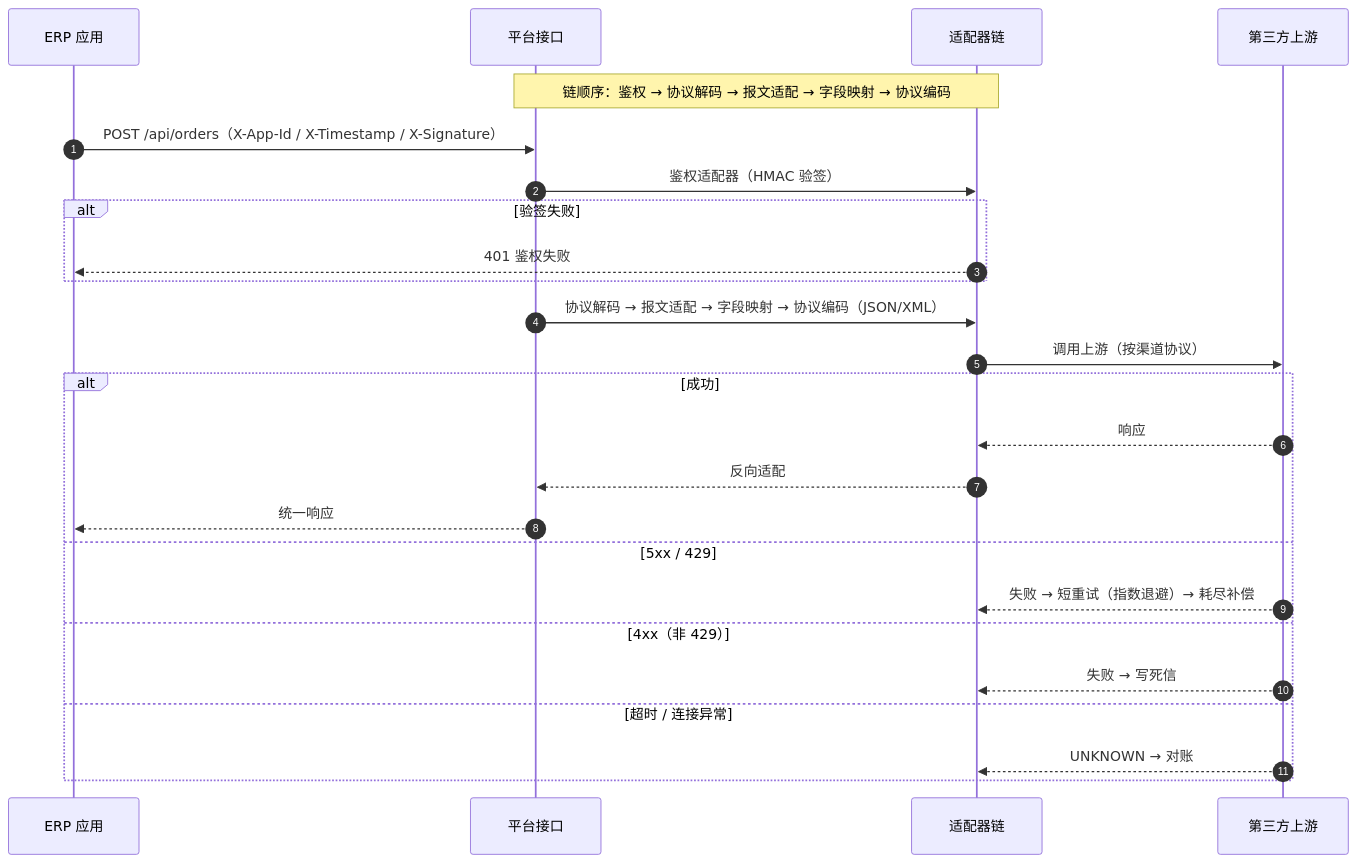
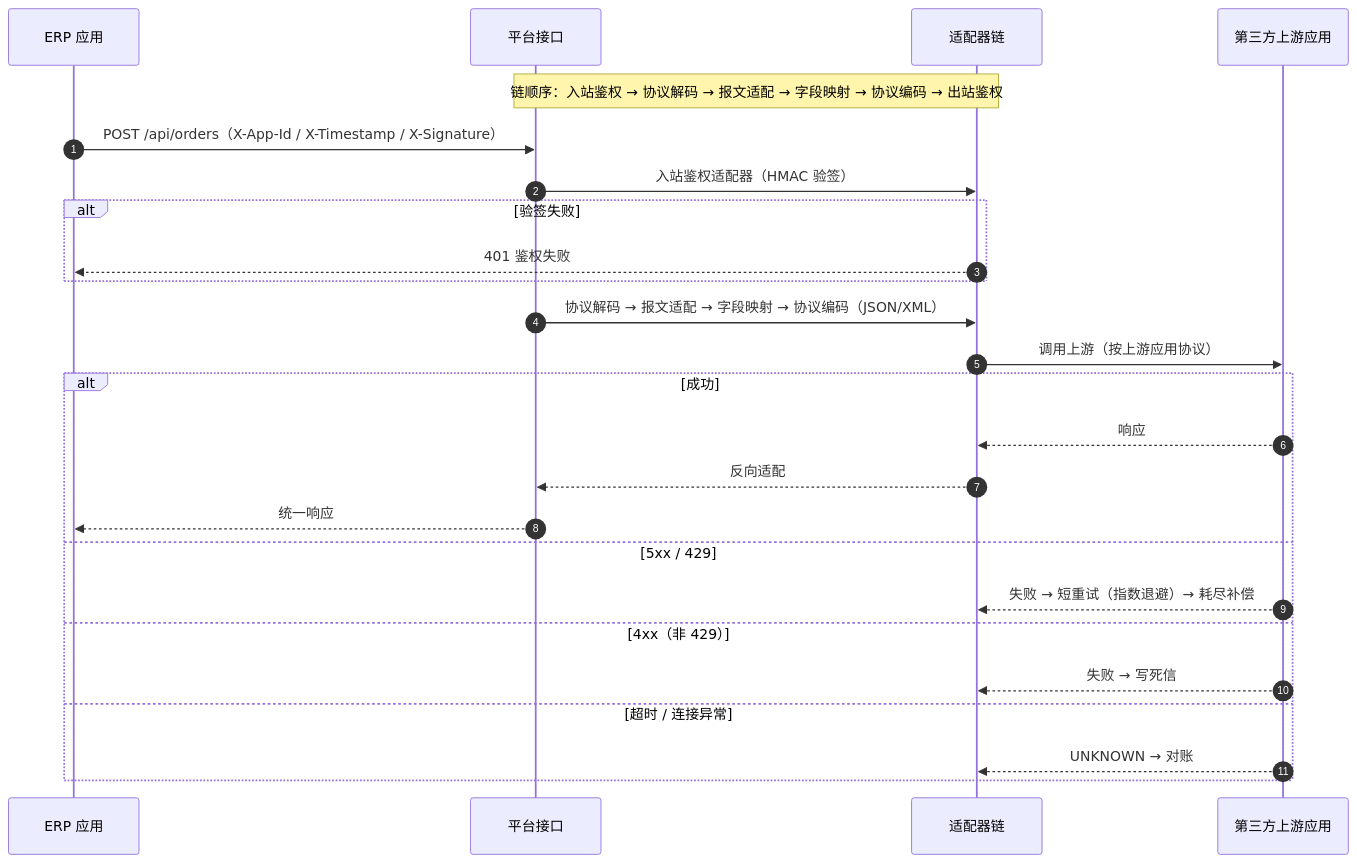
Before and after one commit to HelloWorldKing1/apicenter: the second of 4 diagrams in src/main/resources/doc/API中心时序图与流程图.md, drawn with Mermaid. The commit also changed other lines of this file and 2 other files, not shown here.

````diff
--- a/src/main/resources/doc/API中心时序图与流程图.md
+++ b/src/main/resources/doc/API中心时序图与流程图.md
@@ -35,28 +35,28 @@
 ```mermaid
 sequenceDiagram
     autonumber
     participant ERP as ERP 应用
     participant GW as 平台接口
     participant 链 as 适配器链
-    participant UP as 第三方上游
+    participant UP as 第三方上游应用
 
-    Note over GW,链: 链顺序：鉴权 → 协议解码 → 报文适配 → 字段映射 → 协议编码
+    Note over GW,链: 链顺序：入站鉴权 → 协议解码 → 报文适配 → 字段映射 → 协议编码 → 出站鉴权
     ERP->>GW: POST /api/orders（X-App-Id / X-Timestamp / X-Signature）
-    GW->>链: 鉴权适配器（HMAC 验签）
+    GW->>链: 入站鉴权适配器（HMAC 验签）
     alt 验签失败
         链-->>ERP: 401 鉴权失败
     end
     GW->>链: 协议解码 → 报文适配 → 字段映射 → 协议编码（JSON/XML）
-    链->>UP: 调用上游（按渠道协议）
+    链->>UP: 调用上游（按上游应用协议）
     alt 成功
         UP-->>链: 响应
         链-->>GW: 反向适配
         GW-->>ERP: 统一响应
     else 5xx / 429
         UP-->>链: 失败 → 短重试（指数退避）→ 耗尽补偿
     else 4xx（非 429）
         UP-->>链: 失败 → 写死信
     else 超时 / 连接异常
         UP-->>链: UNKNOWN → 对账
     end
 ```
````
